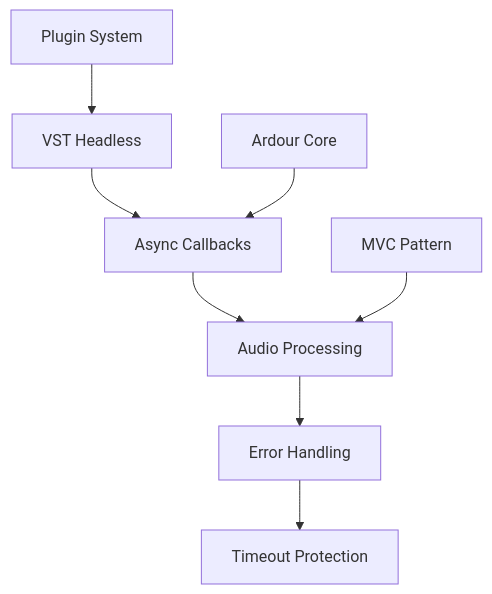
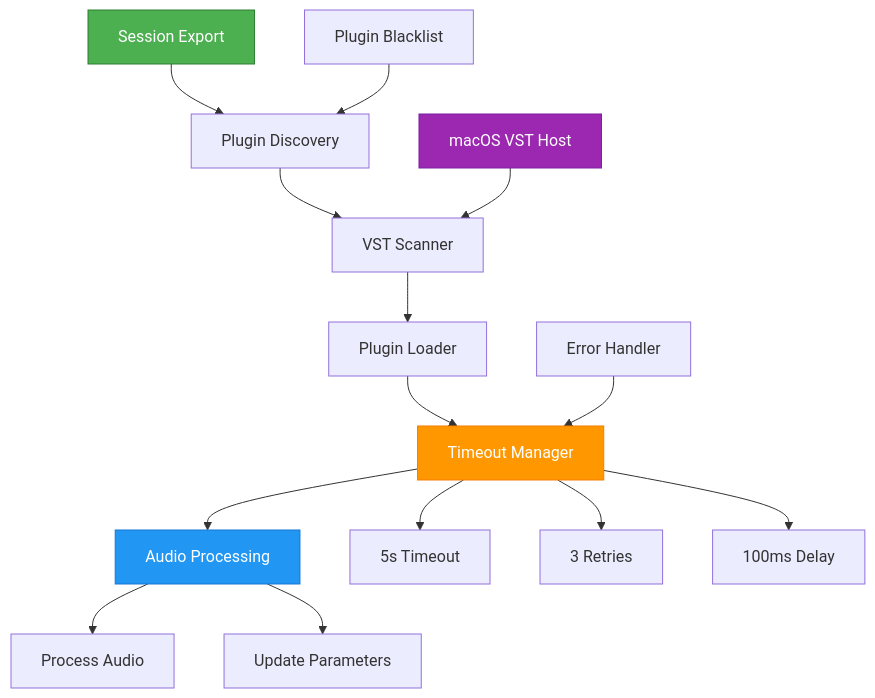
Before and after one commit to Ardour/ardour: the diagram in JUPITERSOFT/PR_DESCRIPTION.md, drawn with Mermaid. The commit also changed other lines of this file and 1 other file, not shown here.

````diff
--- a/JUPITERSOFT/PR_DESCRIPTION.md
+++ b/JUPITERSOFT/PR_DESCRIPTION.md
@@ -32,11 +9,24 @@
 ```mermaid
-graph TD
-    A[VST Headless] --> B[Async Callbacks]
-    B --> C[Audio Processing]
-    C --> D[Error Handling]
-    D --> E[Timeout Protection]
+flowchart TD
+    A[Session Export] --> B[Plugin Discovery]
+    B --> C[VST Scanner]
+    C --> D[Plugin Loader]
+    D --> E[Timeout Manager]
+    E --> F[Audio Processing]
 
-    F[Ardour Core] --> B
-    G[Plugin System] --> A
-    H[MVC Pattern] --> C
+    G[macOS VST Host] --> C
+    H[Plugin Blacklist] --> B
+    I[Error Handler] --> E
+
+    E --> J[5s Timeout]
+    E --> K[3 Retries]
+    E --> L[100ms Delay]
+
+    F --> M[Process Audio]
+    F --> N[Update Parameters]
+
+    style A fill:#4CAF50,stroke:#2E7D32,color:#fff
+    style F fill:#2196F3,stroke:#1976D2,color:#fff
+    style E fill:#FF9800,stroke:#F57C00,color:#fff
+    style G fill:#9C27B0,stroke:#7B1FA2,color:#fff
 ```
````
